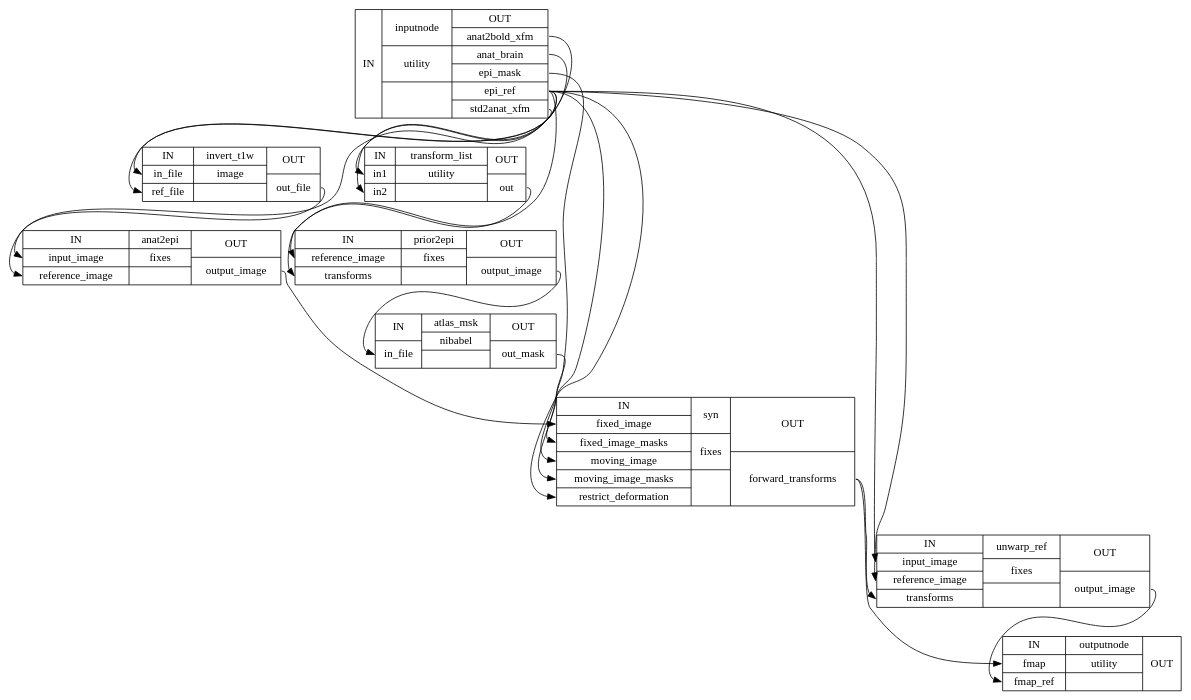
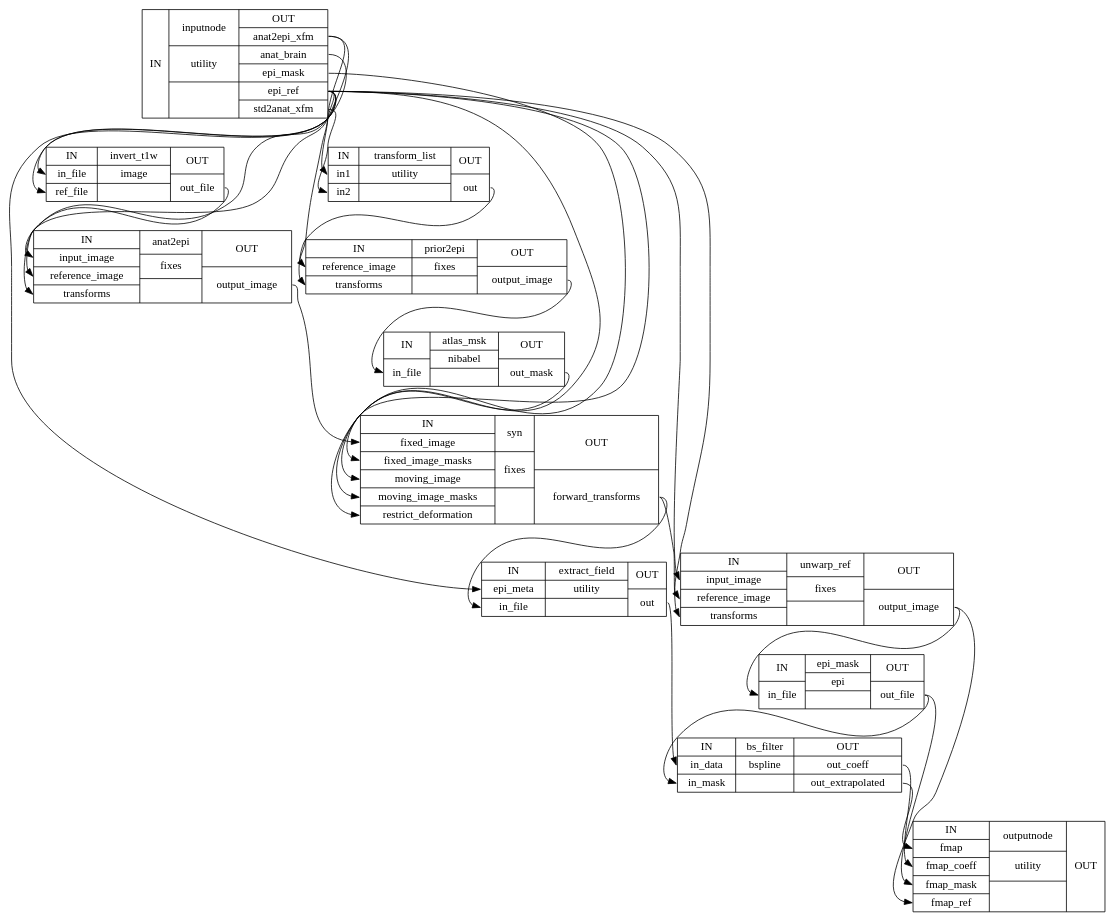
The diagram in 2.0.0rc3/wf_directive/api/syn_sdc_wf/sdcflows-workflows-fit-syn-1_detailed.dot (wayne009007/sdcflows), drawn with Graphviz before and after one commit. The commit also changed 2947 other files, not shown here.

```diff
--- a/2.0.0rc3/wf_directive/api/syn_sdc_wf/sdcflows-workflows-fit-syn-1_detailed.dot
+++ b/2.0.0rc3/wf_directive/api/syn_sdc_wf/sdcflows-workflows-fit-syn-1_detailed.dot
@@ -1,31 +1,42 @@
 digraph structs {
 node [shape=record];
-syn_sdc_wfinputnode [label="{IN}|{ inputnode | utility |  }|{OUT|<outanat2boldxfm> anat2bold_xfm|<outanatbrain> anat_brain|<outepimask> epi_mask|<outepiref> epi_ref|<outstd2anatxfm> std2anat_xfm}"];
+syn_sdc_wfinputnode [label="{IN}|{ inputnode | utility |  }|{OUT|<outanat2epixfm> anat2epi_xfm|<outanatbrain> anat_brain|<outepimask> epi_mask|<outepiref> epi_ref|<outstd2anatxfm> std2anat_xfm}"];
 syn_sdc_wfinvert_t1w [label="{IN|<ininfile> in_file|<inreffile> ref_file}|{ invert_t1w | image |  }|{OUT|<outoutfile> out_file}"];
-syn_sdc_wfanat2epi [label="{IN|<ininputimage> input_image|<inreferenceimage> reference_image}|{ anat2epi | fixes |  }|{OUT|<outoutputimage> output_image}"];
+syn_sdc_wfanat2epi [label="{IN|<ininputimage> input_image|<inreferenceimage> reference_image|<intransforms> transforms}|{ anat2epi | fixes |  }|{OUT|<outoutputimage> output_image}"];
 syn_sdc_wftransform_list [label="{IN|<inin1> in1|<inin2> in2}|{ transform_list | utility |  }|{OUT|<outout> out}"];
 syn_sdc_wfprior2epi [label="{IN|<inreferenceimage> reference_image|<intransforms> transforms}|{ prior2epi | fixes |  }|{OUT|<outoutputimage> output_image}"];
 syn_sdc_wfatlas_msk [label="{IN|<ininfile> in_file}|{ atlas_msk | nibabel |  }|{OUT|<outoutmask> out_mask}"];
 syn_sdc_wfsyn [label="{IN|<infixedimage> fixed_image|<infixedimagemasks> fixed_image_masks|<inmovingimage> moving_image|<inmovingimagemasks> moving_image_masks|<inrestrictdeformation> restrict_deformation}|{ syn | fixes |  }|{OUT|<outforwardtransforms> forward_transforms}"];
 syn_sdc_wfunwarp_ref [label="{IN|<ininputimage> input_image|<inreferenceimage> reference_image|<intransforms> transforms}|{ unwarp_ref | fixes |  }|{OUT|<outoutputimage> output_image}"];
-syn_sdc_wfoutputnode [label="{IN|<infmap> fmap|<infmapref> fmap_ref}|{ outputnode | utility |  }|{OUT}"];
+syn_sdc_wfepi_mask [label="{IN|<ininfile> in_file}|{ epi_mask | epi |  }|{OUT|<outoutfile> out_file}"];
+syn_sdc_wfextract_field [label="{IN|<inepimeta> epi_meta|<ininfile> in_file}|{ extract_field | utility |  }|{OUT|<outout> out}"];
+syn_sdc_wfbs_filter [label="{IN|<inindata> in_data|<ininmask> in_mask}|{ bs_filter | bspline |  }|{OUT|<outoutcoeff> out_coeff|<outoutextrapolated> out_extrapolated}"];
+syn_sdc_wfoutputnode [label="{IN|<infmap> fmap|<infmapcoeff> fmap_coeff|<infmapmask> fmap_mask|<infmapref> fmap_ref}|{ outputnode | utility |  }|{OUT}"];
 syn_sdc_wfanat2epi:outoutputimage:e -> syn_sdc_wfsyn:infixedimage:w;
 syn_sdc_wfatlas_msk:outoutmask:e -> syn_sdc_wfsyn:infixedimagemasks:w;
-syn_sdc_wfinputnode:outanat2boldxfm:e -> syn_sdc_wftransform_list:inin1:w;
+syn_sdc_wfbs_filter:outoutcoeff:e -> syn_sdc_wfoutputnode:infmapcoeff:w;
+syn_sdc_wfbs_filter:outoutextrapolated:e -> syn_sdc_wfoutputnode:infmap:w;
+syn_sdc_wfepi_mask:outoutfile:e -> syn_sdc_wfbs_filter:ininmask:w;
+syn_sdc_wfepi_mask:outoutfile:e -> syn_sdc_wfoutputnode:infmapmask:w;
+syn_sdc_wfextract_field:outout:e -> syn_sdc_wfbs_filter:inindata:w;
+syn_sdc_wfinputnode:outanat2epixfm:e -> syn_sdc_wfanat2epi:intransforms:w;
+syn_sdc_wfinputnode:outanat2epixfm:e -> syn_sdc_wftransform_list:inin1:w;
 syn_sdc_wfinputnode:outanatbrain:e -> syn_sdc_wfinvert_t1w:ininfile:w;
 syn_sdc_wfinputnode:outepimask:e -> syn_sdc_wfsyn:inmovingimagemasks:w;
 syn_sdc_wfinputnode:outepiref:e -> syn_sdc_wfanat2epi:inreferenceimage:w;
+syn_sdc_wfinputnode:outepiref:e -> syn_sdc_wfextract_field:inepimeta:w;
 syn_sdc_wfinputnode:outepiref:e -> syn_sdc_wfinvert_t1w:inreffile:w;
 syn_sdc_wfinputnode:outepiref:e -> syn_sdc_wfprior2epi:inreferenceimage:w;
 syn_sdc_wfinputnode:outepiref:e -> syn_sdc_wfsyn:inmovingimage:w;
 syn_sdc_wfinputnode:outepiref:e -> syn_sdc_wfsyn:inrestrictdeformation:w;
 syn_sdc_wfinputnode:outepiref:e -> syn_sdc_wfunwarp_ref:ininputimage:w;
 syn_sdc_wfinputnode:outepiref:e -> syn_sdc_wfunwarp_ref:inreferenceimage:w;
 syn_sdc_wfinputnode:outstd2anatxfm:e -> syn_sdc_wftransform_list:inin2:w;
 syn_sdc_wfinvert_t1w:outoutfile:e -> syn_sdc_wfanat2epi:ininputimage:w;
 syn_sdc_wfprior2epi:outoutputimage:e -> syn_sdc_wfatlas_msk:ininfile:w;
-syn_sdc_wfsyn:outforwardtransforms:e -> syn_sdc_wfoutputnode:infmap:w;
+syn_sdc_wfsyn:outforwardtransforms:e -> syn_sdc_wfextract_field:ininfile:w;
 syn_sdc_wfsyn:outforwardtransforms:e -> syn_sdc_wfunwarp_ref:intransforms:w;
 syn_sdc_wftransform_list:outout:e -> syn_sdc_wfprior2epi:intransforms:w;
+syn_sdc_wfunwarp_ref:outoutputimage:e -> syn_sdc_wfepi_mask:ininfile:w;
 syn_sdc_wfunwarp_ref:outoutputimage:e -> syn_sdc_wfoutputnode:infmapref:w;
 }
```
